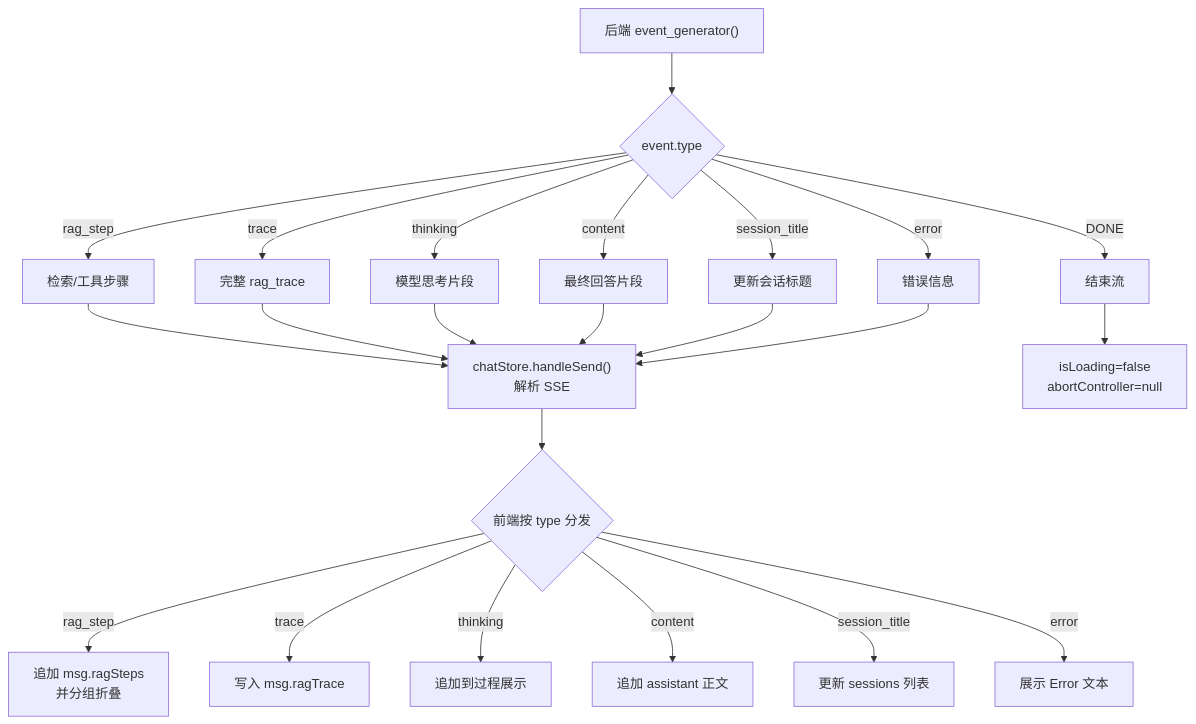
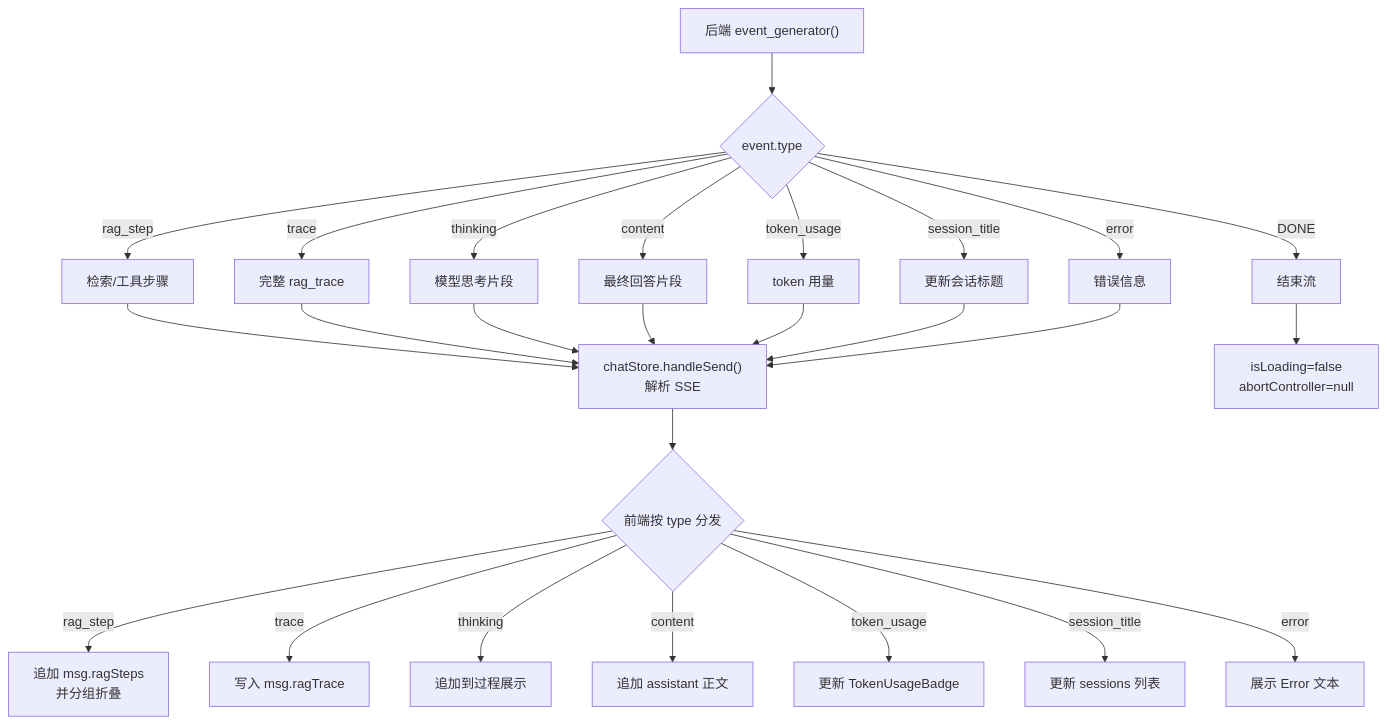
The seventh of 7 diagrams in doc/USER_MESSAGE_CALL_CHAIN.md (QDcvd/CookGraph), drawn with Mermaid before and after one commit. The commit also changed other lines of this file and 10 other files, not shown here.

````diff
--- a/doc/USER_MESSAGE_CALL_CHAIN.md
+++ b/doc/USER_MESSAGE_CALL_CHAIN.md
@@ -255,26 +323,29 @@
 ```mermaid
 flowchart TD
     A["后端 event_generator()"] --> B{"event.type"}
     B -->|rag_step| C["检索/工具步骤"]
     B -->|trace| D["完整 rag_trace"]
     B -->|thinking| E["模型思考片段"]
     B -->|content| F["最终回答片段"]
-    B -->|session_title| G["更新会话标题"]
-    B -->|error| H["错误信息"]
-    B -->|DONE| I["结束流"]
+    B -->|token_usage| G["token 用量"]
+    B -->|session_title| H["更新会话标题"]
+    B -->|error| I["错误信息"]
+    B -->|DONE| J["结束流"]
 
-    C --> J["chatStore.handleSend()<br/>解析 SSE"]
-    D --> J
-    E --> J
-    F --> J
-    G --> J
-    H --> J
-    J --> K{"前端按 type 分发"}
-    K -->|rag_step| L["追加 msg.ragSteps<br/>并分组折叠"]
-    K -->|trace| M["写入 msg.ragTrace"]
-    K -->|thinking| N["追加到过程展示"]
-    K -->|content| O["追加 assistant 正文"]
-    K -->|session_title| P["更新 sessions 列表"]
-    K -->|error| Q["展示 Error 文本"]
-    I --> R["isLoading=false<br/>abortController=null"]
+    C --> K["chatStore.handleSend()<br/>解析 SSE"]
+    D --> K
+    E --> K
+    F --> K
+    G --> K
+    H --> K
+    I --> K
+    K --> L{"前端按 type 分发"}
+    L -->|rag_step| M["追加 msg.ragSteps<br/>并分组折叠"]
+    L -->|trace| N["写入 msg.ragTrace"]
+    L -->|thinking| O["追加到过程展示"]
+    L -->|content| P["追加 assistant 正文"]
+    L -->|token_usage| Q["更新 TokenUsageBadge"]
+    L -->|session_title| R["更新 sessions 列表"]
+    L -->|error| S["展示 Error 文本"]
+    J --> T["isLoading=false<br/>abortController=null"]
 ```
````
